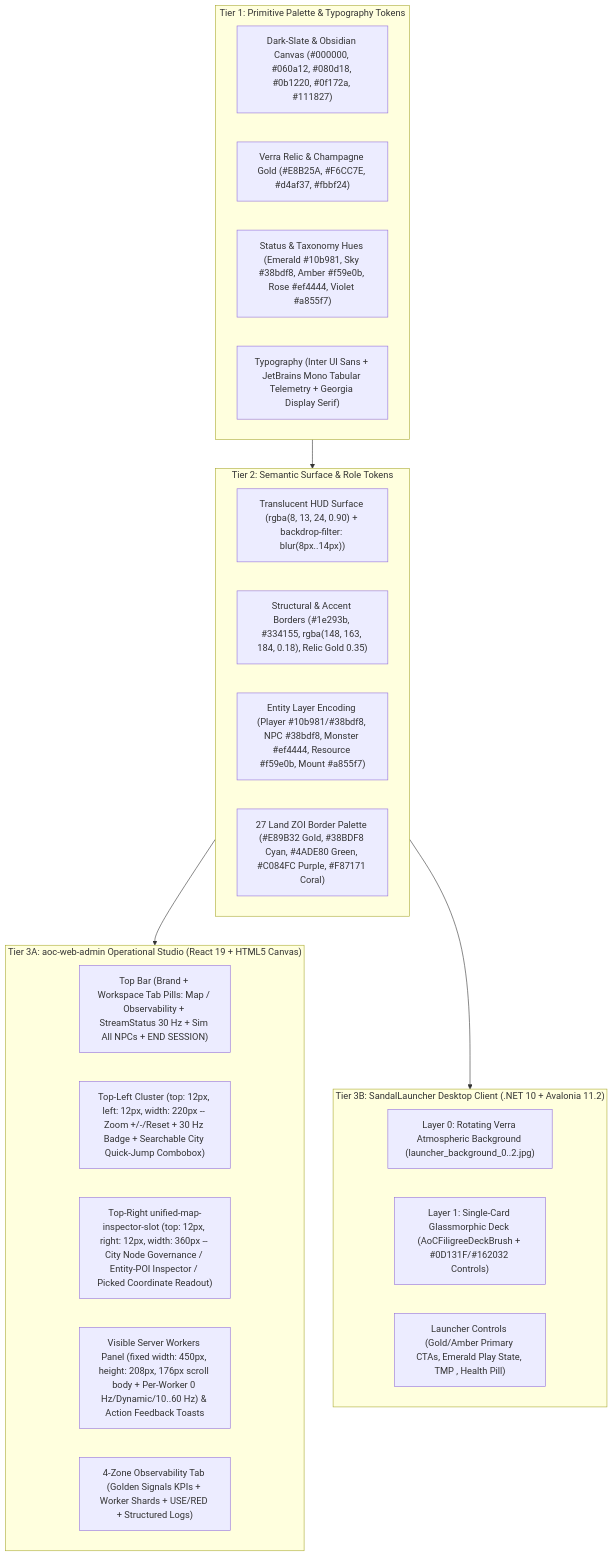
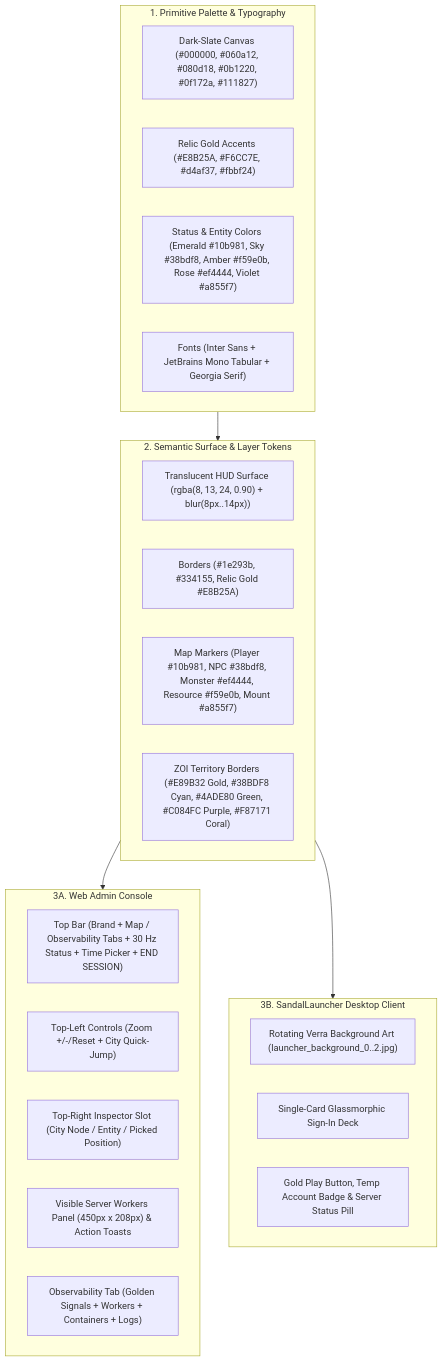
The diagram in docs/UI_STYLE_GUIDE.md (debuggin/SandalCore), drawn with Mermaid before and after one commit. The commit also changed other lines of this file and 222 other files, not shown here.

First line of the commit message:
feat(web-admin): refine map POI labels, calendar, logs, and world state

````diff
--- a/docs/UI_STYLE_GUIDE.md
+++ b/docs/UI_STYLE_GUIDE.md
@@ -44,34 +34,34 @@
 ```mermaid
 flowchart TB
-    subgraph Tier1["Tier 1: Primitive Palette & Typography Tokens"]
-        DarkSlate["Dark-Slate & Obsidian Canvas (#000000, #060a12, #080d18, #0b1220, #0f172a, #111827)"]
-        RelicGold["Verra Relic & Champagne Gold (#E8B25A, #F6CC7E, #d4af37, #fbbf24)"]
-        SemanticHues["Status & Taxonomy Hues (Emerald #10b981, Sky #38bdf8, Amber #f59e0b, Rose #ef4444, Violet #a855f7)"]
-        FontStacks["Typography (Inter UI Sans + JetBrains Mono Tabular Telemetry + Georgia Display Serif)"]
+    subgraph Tier1["1. Primitive Palette & Typography"]
+        DarkSlate["Dark-Slate Canvas (#000000, #060a12, #080d18, #0b1220, #0f172a, #111827)"]
+        RelicGold["Relic Gold Accents (#E8B25A, #F6CC7E, #d4af37, #fbbf24)"]
+        SemanticHues["Status & Entity Colors (Emerald #10b981, Sky #38bdf8, Amber #f59e0b, Rose #ef4444, Violet #a855f7)"]
+        FontStacks["Fonts (Inter Sans + JetBrains Mono Tabular + Georgia Serif)"]
     end
 
-    subgraph Tier2["Tier 2: Semantic Surface & Role Tokens"]
-        GlassHUD["Translucent HUD Surface (rgba(8, 13, 24, 0.90) + backdrop-filter: blur(8px..14px))"]
-        BorderTokens["Structural & Accent Borders (#1e293b, #334155, rgba(148, 163, 184, 0.18), Relic Gold 0.35)"]
-        EntityColors["Entity Layer Encoding (Player #10b981/#38bdf8, NPC #38bdf8, Monster #ef4444, Resource #f59e0b, Mount #a855f7)"]
-        ZoiPalette["27 Land ZOI Border Palette (#E89B32 Gold, #38BDF8 Cyan, #4ADE80 Green, #C084FC Purple, #F87171 Coral)"]
+    subgraph Tier2["2. Semantic Surface & Layer Tokens"]
+        GlassHUD["Translucent HUD Surface (rgba(8, 13, 24, 0.90) + blur(8px..14px))"]
+        BorderTokens["Borders (#1e293b, #334155, Relic Gold #E8B25A)"]
+        EntityColors["Map Markers (Player #10b981, NPC #38bdf8, Monster #ef4444, Resource #f59e0b, Mount #a855f7)"]
+        ZoiPalette["ZOI Territory Borders (#E89B32 Gold, #38BDF8 Cyan, #4ADE80 Green, #C084FC Purple, #F87171 Coral)"]
     end
 
-    subgraph Tier3Web["Tier 3A: aoc-web-admin Operational Studio (React 19 + HTML5 Canvas)"]
-        TopBar["Top Bar (Brand + Workspace Tab Pills: Map / Observability + StreamStatus 30 Hz + Sim All NPCs + END SESSION)"]
-        TopLeft["Top-Left Cluster (top: 12px, left: 12px, width: 220px -- Zoom +/-/Reset + 30 Hz Badge + Searchable City Quick-Jump Combobox)"]
-        TopRightInspector["Top-Right unified-map-inspector-slot (top: 12px, right: 12px, width: 360px -- City Node Governance / Entity-POI Inspector / Picked Coordinate Readout)"]
-        WorkersAndToasts["Visible Server Workers Panel (fixed width: 450px, height: 208px, 176px scroll body + Per-Worker 0 Hz/Dynamic/10..60 Hz) & Action Feedback Toasts"]
-        Analytics4Zone["4-Zone Observability Tab (Golden Signals KPIs + Worker Shards + USE/RED + Structured Logs)"]
+    subgraph Tier3Web["3A. Web Admin Console"]
+        TopBar["Top Bar (Brand + Map / Observability Tabs + 30 Hz Status + Time Picker + END SESSION)"]
+        TopLeft["Top-Left Controls (Zoom +/-/Reset + City Quick-Jump)"]
+        TopRightInspector["Top-Right Inspector Slot (City Node / Entity / Picked Position)"]
+        WorkersAndToasts["Visible Server Workers Panel (450px x 208px) & Action Toasts"]
+        ObservabilityTab["Observability Tab (Golden Signals + Workers + Containers + Logs)"]
     end
 
-    subgraph Tier3Desktop["Tier 3B: SandalLauncher Desktop Client (.NET 10 + Avalonia 11.2)"]
-        HeroArt["Layer 0: Rotating Verra Atmospheric Background (launcher_background_0..2.jpg)"]
-        GlassCard["Layer 1: Single-Card Glassmorphic Deck (AoCFiligreeDeckBrush + #0D131F/#162032 Controls)"]
-        LauncherCTAs["Launcher Controls (Gold/Amber Primary CTAs, Emerald Play State, TMP <Word1><Word2><Word3>, Health Pill)"]
+    subgraph Tier3Desktop["3B. SandalLauncher Desktop Client"]
+        HeroArt["Rotating Verra Background Art (launcher_background_0..2.jpg)"]
+        GlassCard["Single-Card Glassmorphic Sign-In Deck"]
+        LauncherCTAs["Gold Play Button, Temp Account Badge & Server Status Pill"]
     end
 
     Tier1 --> Tier2
     Tier2 --> Tier3Web
     Tier2 --> Tier3Desktop
 ```
````
